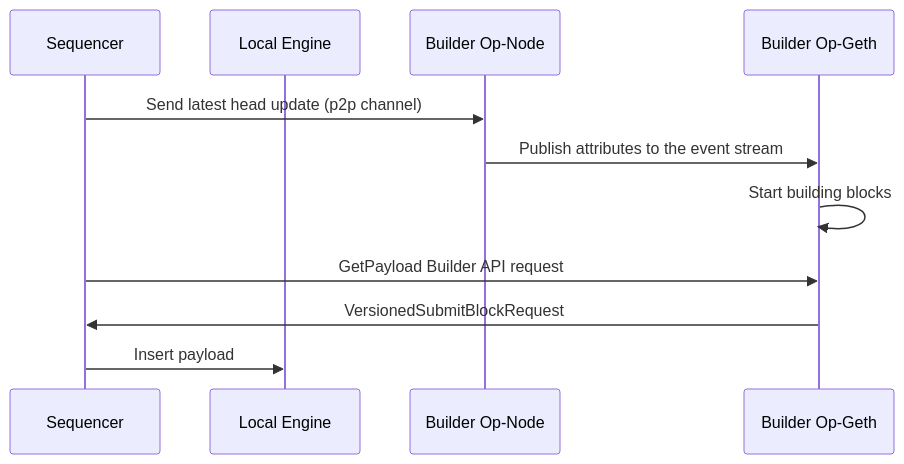
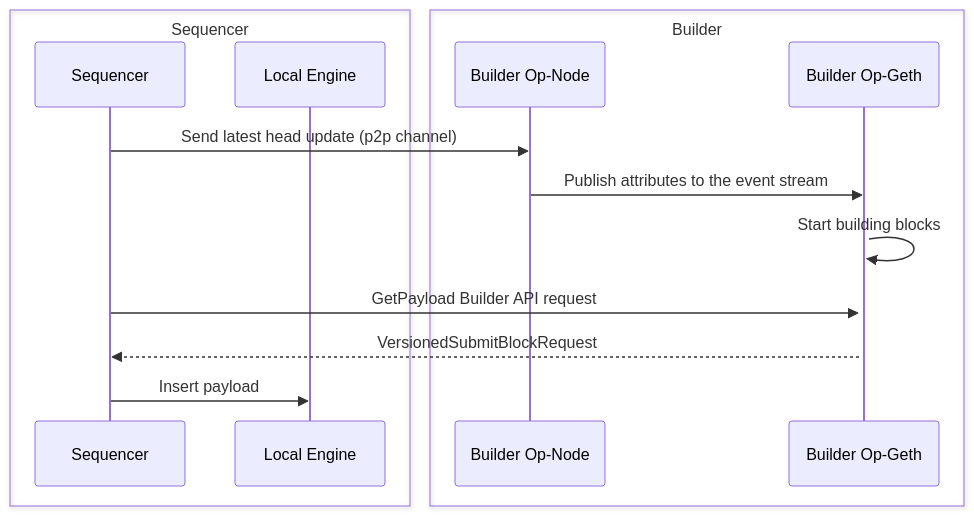
One commit to flashbots/op-geth changed the diagram in README.md. Above: the diagram before and after it, drawn with Mermaid.

Commit message:
box actors

````diff
--- a/README.md
+++ b/README.md
@@ -35,14 +35,19 @@
 ```mermaid
 sequenceDiagram
+    box Sequencer
     participant SEQ as Sequencer
     participant ENGINE as Local Engine
+    end
+    box Builder
     participant BOP as Builder Op-Node
     participant BUILDER as Builder Op-Geth
+    end
 
     SEQ->>BOP: Send latest head update (p2p channel)
     BOP->>BUILDER: Publish attributes to the event stream
+    activate BUILDER
     BUILDER->>BUILDER: Start building blocks
     SEQ->>BUILDER: GetPayload Builder API request
-    BUILDER->>SEQ: VersionedSubmitBlockRequest
+    BUILDER-->>SEQ: VersionedSubmitBlockRequest
     SEQ->>ENGINE: Insert payload
 ```
````
